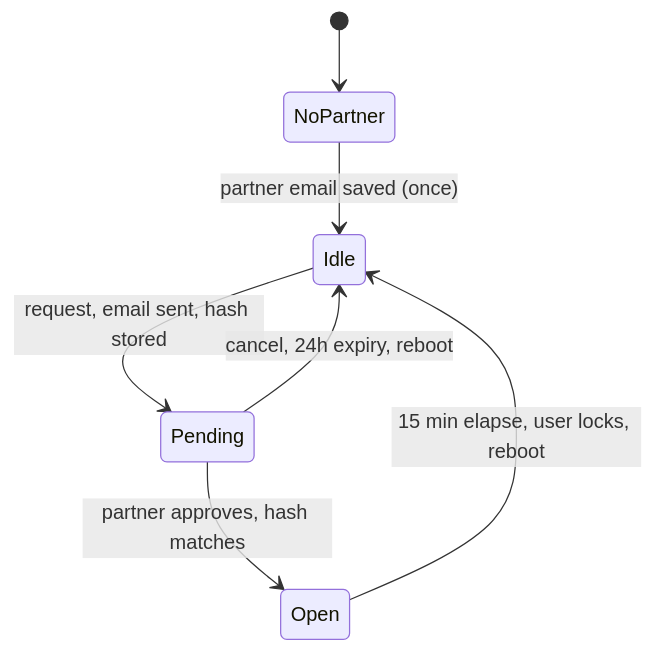
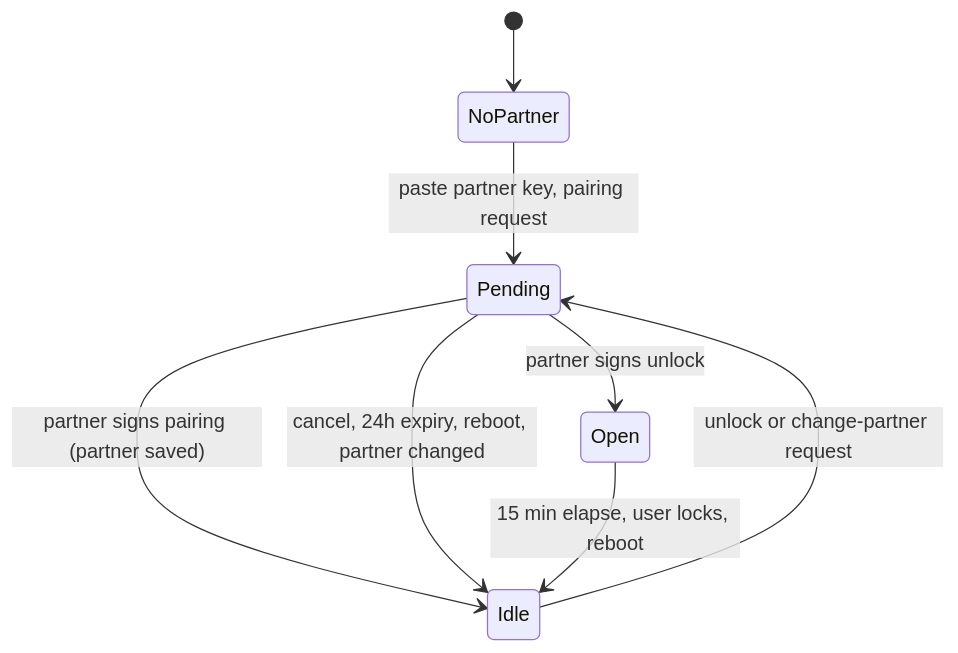
Before and after one commit to Vinay4333/LifeSaver: the fourth of 4 diagrams in docs/ARCHITECTURE.md, drawn with Mermaid. The commit also changed other lines of this file and 24 other files, not shown here.

First line of the commit message:
feat: replace emailed-token unlock with signed partner approval

````diff
--- a/docs/ARCHITECTURE.md
+++ b/docs/ARCHITECTURE.md
@@ -129,9 +129,10 @@
 ```mermaid
 stateDiagram-v2
   [*] --> NoPartner
-  NoPartner --> Idle: partner email saved (once)
-  Idle --> Pending: request, email sent, hash stored
-  Pending --> Open: partner approves, hash matches
-  Pending --> Idle: cancel, 24h expiry, reboot
+  NoPartner --> Pending: paste partner key, pairing request
+  Pending --> Idle: partner signs pairing (partner saved)
+  Idle --> Pending: unlock or change-partner request
+  Pending --> Open: partner signs unlock
+  Pending --> Idle: cancel, 24h expiry, reboot, partner changed
   Open --> Idle: 15 min elapse, user locks, reboot
 ```
````
